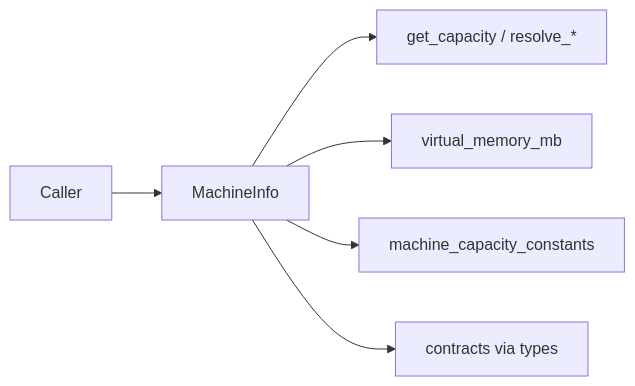
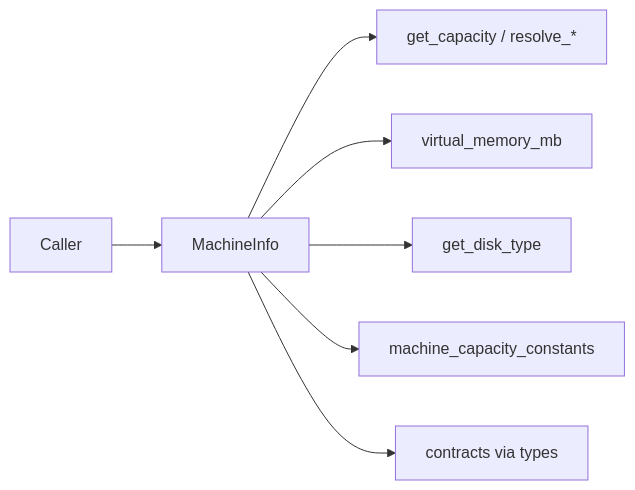
Before and after one commit to garnet1985/new-tea-quant: the first of 2 diagrams in core/infra/machine_capacity/docs/ARCHITECTURE.md, drawn with Mermaid. The commit also changed other lines of this file and 74 other files, not shown here.

````diff
--- a/core/infra/machine_capacity/docs/ARCHITECTURE.md
+++ b/core/infra/machine_capacity/docs/ARCHITECTURE.md
@@ -38,8 +38,9 @@
 ```mermaid
 flowchart LR
   Caller --> MachineInfo
   MachineInfo --> Capacity[get_capacity / resolve_*]
   MachineInfo --> Mem[virtual_memory_mb]
+  MachineInfo --> Disk[get_disk_type]
   MachineInfo --> Const[machine_capacity_constants]
   MachineInfo --> Types[contracts via types]
 ```
````
